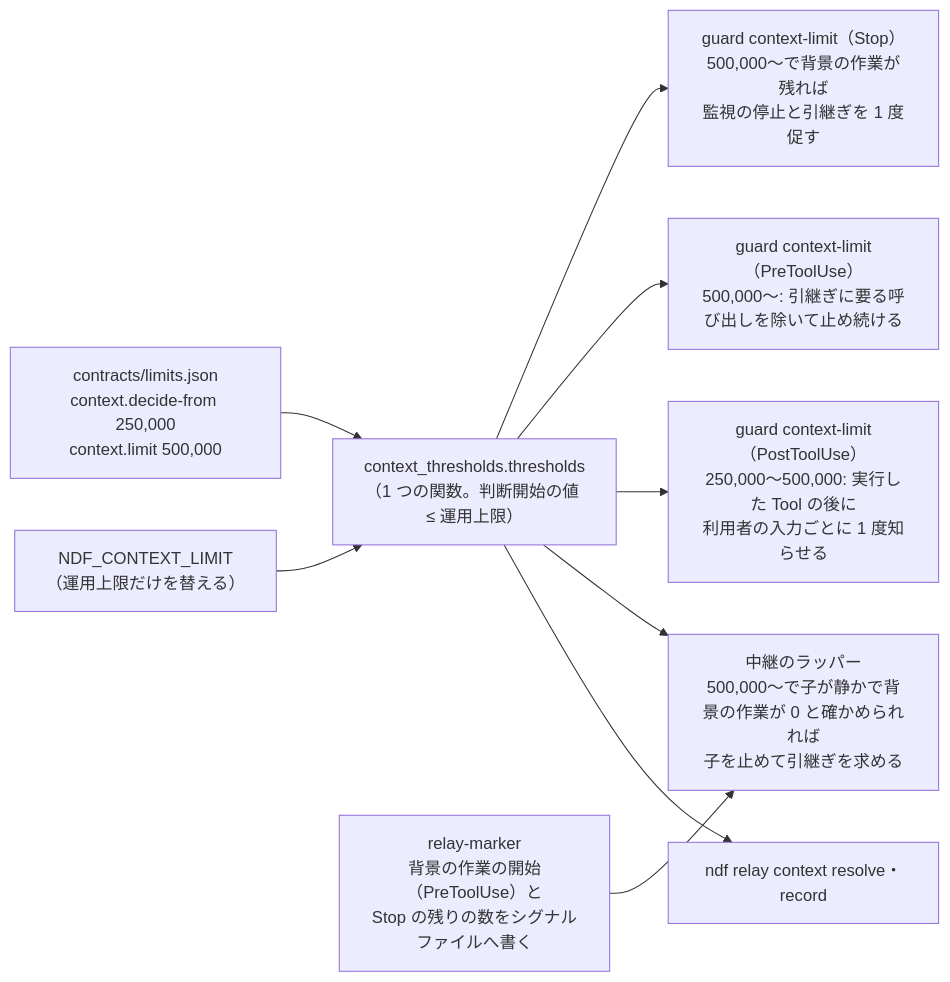
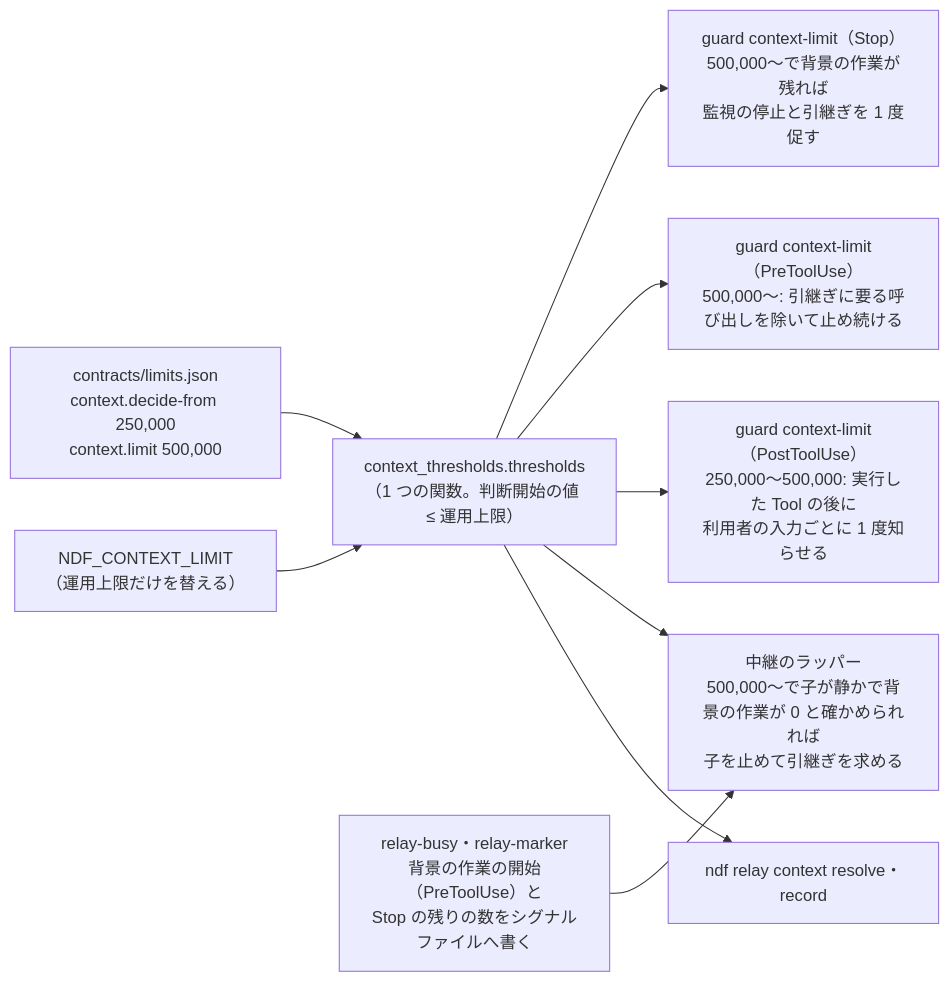
One commit to devbasex/ai-plugins changed the second of 4 diagrams in issues/issue-3995-design.md. Above: the diagram before and after it, drawn with Mermaid. The commit also changed other lines of this file and 1 other file, not shown here.

Commit message:
Docs: 背景の作業の開始の記録を fail_closed の guard relay-busy に分け、締め切りの経路でも記録できない開始を止める（#3995 のクロスレビュー r5-4）

````diff
--- a/issues/issue-3995-design.md
+++ b/issues/issue-3995-design.md
@@ -63,20 +63,20 @@
 ```mermaid
 flowchart LR
   L["contracts/limits.json<br>context.decide-from 250,000<br>context.limit 500,000"]
   E["NDF_CONTEXT_LIMIT<br>（運用上限だけを替える）"]
   T["context_thresholds.thresholds<br>（1 つの関数。判断開始の値 ≤ 運用上限）"]
   G1["guard context-limit（PreToolUse）<br>500,000〜: 引継ぎに要る呼び出しを除いて止め続ける"]
   G2["guard context-limit（PostToolUse）<br>250,000〜500,000: 実行した Tool の後に<br>利用者の入力ごとに 1 度知らせる"]
   W["中継のラッパー<br>500,000〜で子が静かで背景の作業が 0 と確かめられれば<br>子を止めて引継ぎを求める"]
-  B["relay-marker<br>背景の作業の開始（PreToolUse）と<br>Stop の残りの数をシグナルファイルへ書く"]
+  B["relay-busy・relay-marker<br>背景の作業の開始（PreToolUse）と<br>Stop の残りの数をシグナルファイルへ書く"]
   G3["guard context-limit（Stop）<br>500,000〜で背景の作業が残れば<br>監視の停止と引継ぎを 1 度促す"]
   T --> G3
   B --> W
   R["ndf relay context resolve・record"]
   L --> T
   E --> T
   T --> G1
   T --> G2
   T --> W
   T --> R
 ```
````
